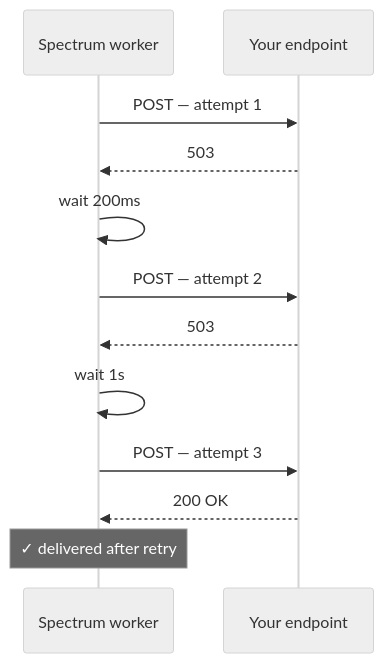
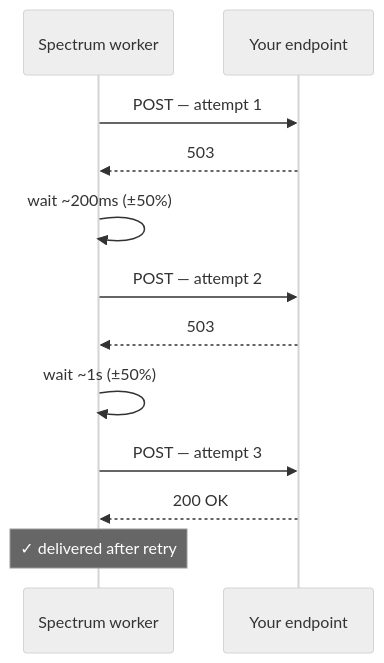
Before and after one commit to photon-hq/docs: the second of 2 diagrams in webhooks/delivery.mdx, drawn with Mermaid (neutral theme). The commit also changed other lines of this file, not shown here.

````diff
--- a/webhooks/delivery.mdx
+++ b/webhooks/delivery.mdx
@@ -33,15 +33,15 @@
 ```mermaid
 sequenceDiagram
   participant W as Spectrum worker
   participant Y as Your endpoint
 
   W->>Y: POST — attempt 1
   Y-->>W: 503
-  W->>W: wait 200ms
+  W->>W: wait ~200ms (±50%)
   W->>Y: POST — attempt 2
   Y-->>W: 503
-  W->>W: wait 1s
+  W->>W: wait ~1s (±50%)
   W->>Y: POST — attempt 3
   Y-->>W: 200 OK
   Note over W: ✓ delivered after retry
 ```
````
